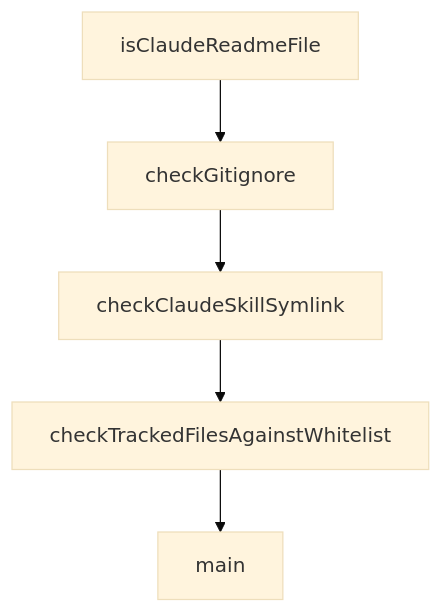
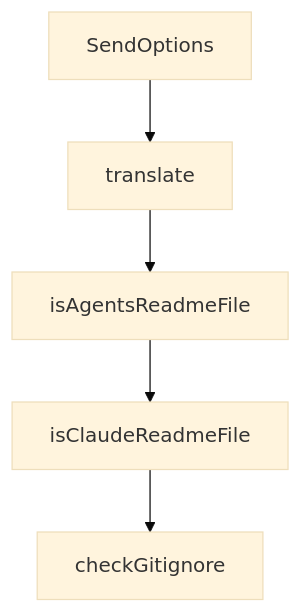
One commit to johnxie/awesome-code-docs changed the diagram in tutorials/cherry-studio-tutorial/07-development-and-contribution-workflow.md. Above: the diagram before and after it, drawn with Mermaid (base theme). The commit also changed other lines of this file and 1232 other files, not shown here.

````diff
--- a/tutorials/cherry-studio-tutorial/07-development-and-contribution-workflow.md
+++ b/tutorials/cherry-studio-tutorial/07-development-and-contribution-workflow.md
@@ -223,12 +220,12 @@
 ```mermaid
 flowchart TD
-    A[isClaudeReadmeFile]
-    B[checkGitignore]
-    C[checkClaudeSkillSymlink]
-    D[checkTrackedFilesAgainstWhitelist]
-    E[main]
+    A[SendOptions]
+    B[translate]
+    C[isAgentsReadmeFile]
+    D[isClaudeReadmeFile]
+    E[checkGitignore]
     A --> B
     B --> C
     C --> D
     D --> E
 ```
````
